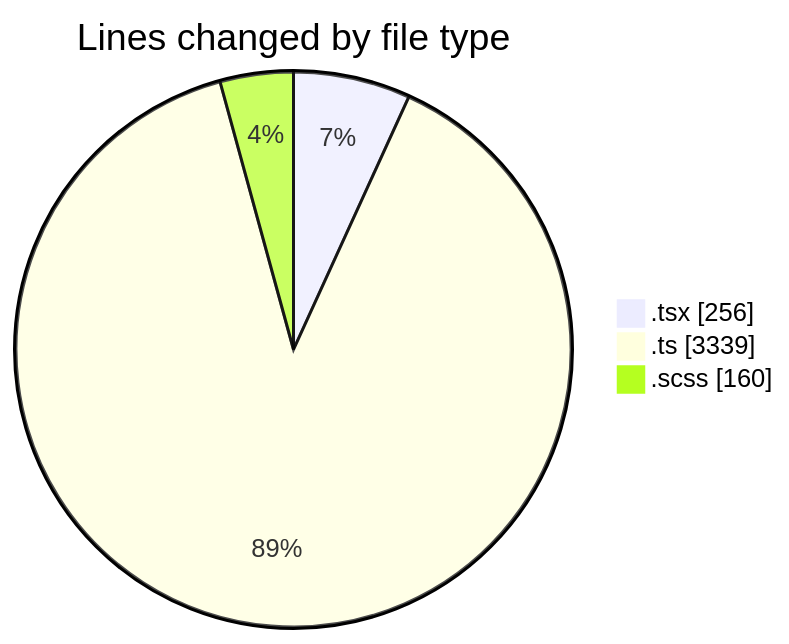
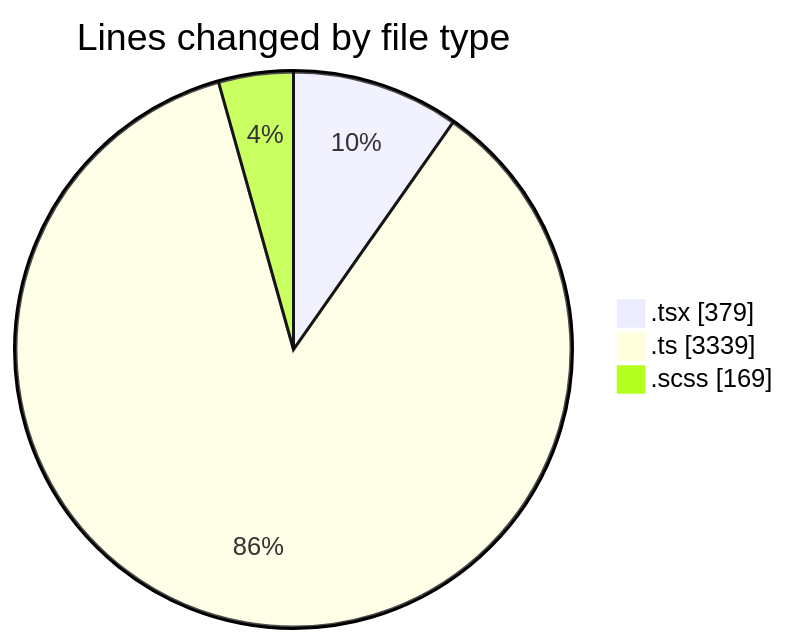
One commit to momahboobian/code-tracking changed the first of 2 diagrams in 2025-09-17/cda/README.md. Above: the diagram before and after it, drawn with Mermaid. The commit also changed other lines of this file and 1 other file, not shown here.

````diff
--- a/2025-09-17/cda/README.md
+++ b/2025-09-17/cda/README.md
@@ -23,7 +24,7 @@
 ```mermaid
 pie showData
 title Lines changed by file type
-".tsx" : 256
+".tsx" : 379
 ".ts" : 3339
-".scss" : 160
+".scss" : 169
 ```
````
